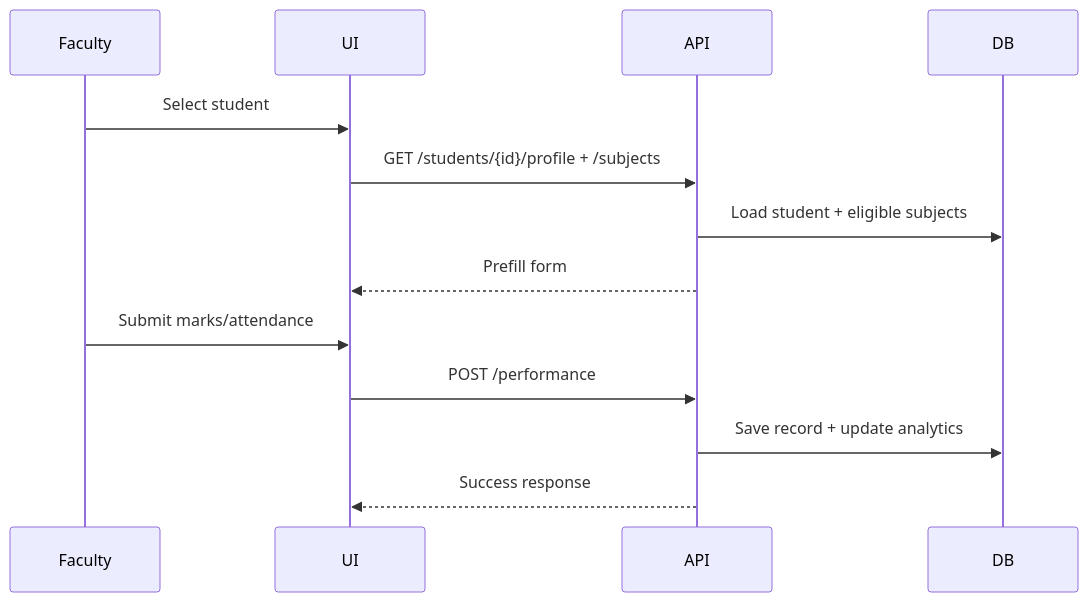
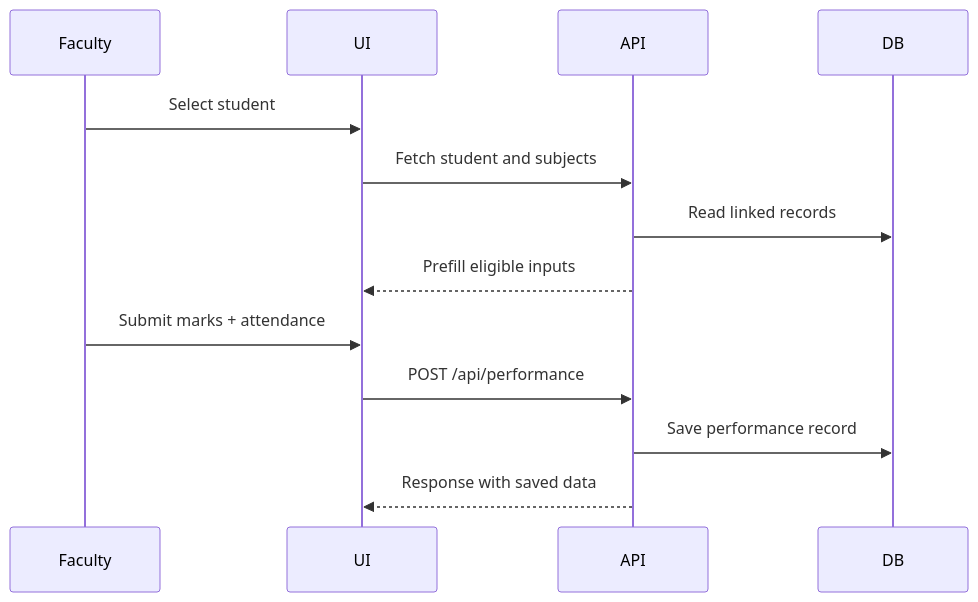
The sixth of 6 diagrams in FEATURES.md (SRIXENO/Smart-performance-dashboard), drawn with Mermaid before and after one commit. The commit also changed other lines of this file and 3 other files, not shown here.

````diff
--- a/FEATURES.md
+++ b/FEATURES.md
@@ -89,15 +179,15 @@
 ```mermaid
 sequenceDiagram
   participant Faculty
   participant UI
   participant API
   participant DB
   Faculty->>UI: Select student
-  UI->>API: GET /students/{id}/profile + /subjects
-  API->>DB: Load student + eligible subjects
-  API-->>UI: Prefill form
-  Faculty->>UI: Submit marks/attendance
-  UI->>API: POST /performance
-  API->>DB: Save record + update analytics
-  API-->>UI: Success response
+  UI->>API: Fetch student and subjects
+  API->>DB: Read linked records
+  API-->>UI: Prefill eligible inputs
+  Faculty->>UI: Submit marks + attendance
+  UI->>API: POST /api/performance
+  API->>DB: Save performance record
+  API-->>UI: Response with saved data
 ```
````
